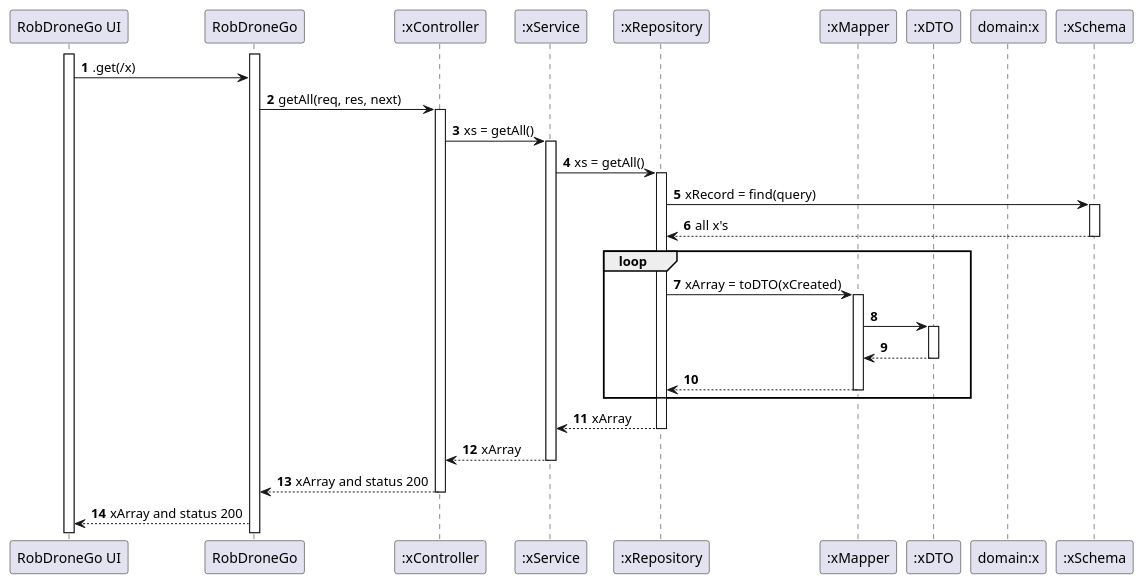
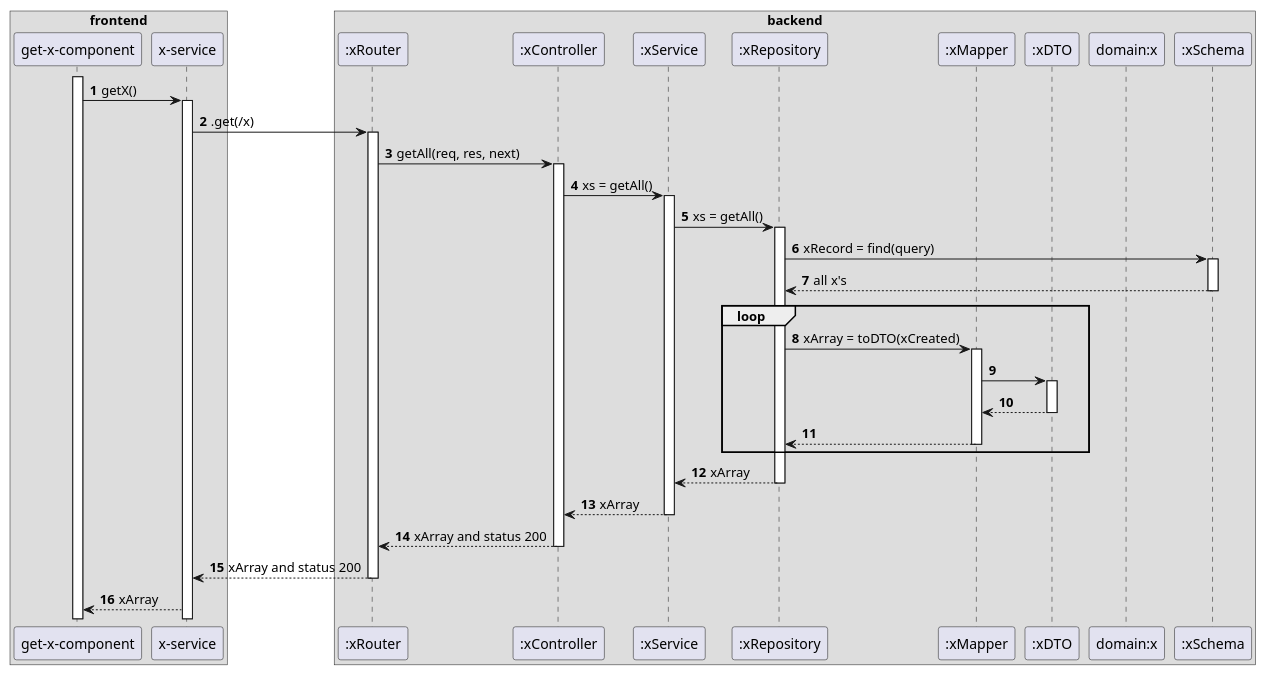
One commit to mpoboas/sem5-pi-23-24-38 changed the diagram in docs/nivel3/SSD3GET.puml. Above: the diagram before and after it, drawn with PlantUML. The commit also changed 32 other files, not shown here.

```diff
--- a/docs/nivel3/SSD3GET.puml
+++ b/docs/nivel3/SSD3GET.puml
@@ -1,49 +1,56 @@
-@startuml
+@startuml lvl3
 
 autonumber
-participant "RobDroneGo UI" as UI
-participant "RobDroneGo" as API
+box "frontend"
+participant "get-x-component" as COM
+participant "x-service" as UI
+box "backend"
+participant ":xRouter" as API
 participant ":xController" as XC
 participant ":xService" as XS
 participant ":xRepository" as XR
 participant ":xMapper" as XM
 participant ":xDTO" as DTO
 participant "domain:x" as X
 participant ":xSchema" as XSchema
+activate COM
 
+COM -> UI : getX()
+activate UI
 
-activate UI
+UI -> API : .get(/x)
 activate API
-UI -> API : .get(/x)
 API -> XC : getAll(req, res, next)
 activate XC
 XC -> XS : xs = getAll()
 activate XS
 XS -> XR : xs = getAll()
 activate XR
 XR -> XSchema : xRecord = find(query)
 activate XSchema
 XSchema --> XR : all x's
 deactivate XSchema
 loop
 XR -> XM : xArray = toDTO(xCreated)
 activate XM
 XM -> DTO
 activate DTO
 XM <-- DTO
 deactivate DTO
 XM -->XR
 deactivate XM
 
 end
 
 XR --> XS : xArray
 deactivate XR
 XS --> XC : xArray
 deactivate XS
 XC --> API : xArray and status 200
 deactivate XC
 API --> UI : xArray and status 200
+deactivate API
+UI --> COM : xArray
 
 
 @enduml
```
